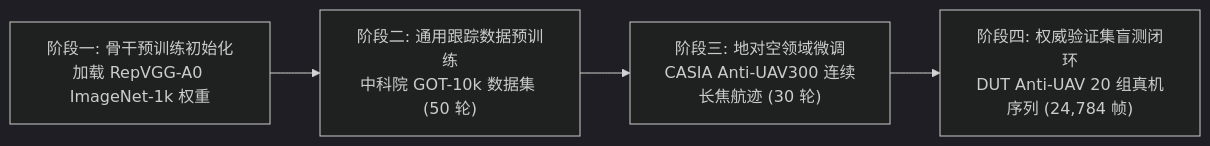
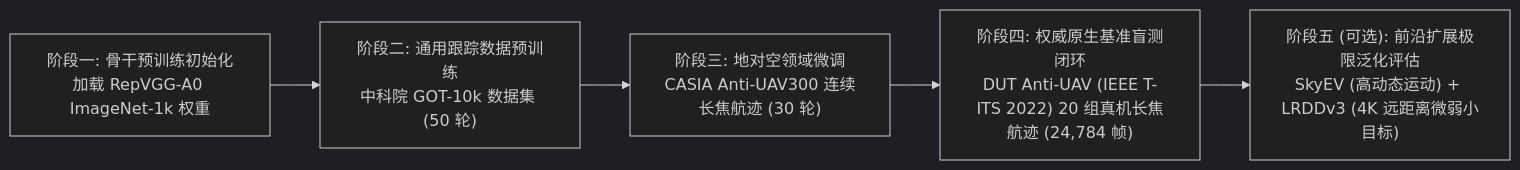
One commit to soranokiseki1437/nanhu_RGB_PTZ changed the second of 2 diagrams in 待执行方案/04B_基于预训练骨干初始化与尺度回归修复的SOT重训方案.md. Above: the diagram before and after it, drawn with Mermaid (dark theme). The commit also changed other lines of this file and 4 other files, not shown here.

Commit message:
docs(planning): integrate frontier anti-uav papers and datasets into core master thesis plans

````diff
--- a/待执行方案/04B_基于预训练骨干初始化与尺度回归修复的SOT重训方案.md
+++ b/待执行方案/04B_基于预训练骨干初始化与尺度回归修复的SOT重训方案.md
@@ -104,6 +104,7 @@
 ```mermaid
 flowchart LR
     A["阶段一: 骨干预训练初始化<br/>加载 RepVGG-A0 ImageNet-1k 权重"] --> B["阶段二: 通用跟踪数据预训练<br/>中科院 GOT-10k 数据集 (50 轮)"]
     B --> C["阶段三: 地对空领域微调<br/>CASIA Anti-UAV300 连续长焦航迹 (30 轮)"]
-    C --> D["阶段四: 权威验证集盲测闭环<br/>DUT Anti-UAV 20 组真机序列 (24,784 帧)"]
+    C --> D["阶段四: 权威原生基准盲测闭环<br/>DUT Anti-UAV (IEEE T-ITS 2022) 20 组真机长焦航迹 (24,784 帧)"]
+    D --> E["阶段五 (可选): 前沿扩展极限泛化评估<br/>SkyEV (高动态运动) + LRDDv3 (4K 远距离微弱小目标)"]
 ```
````
